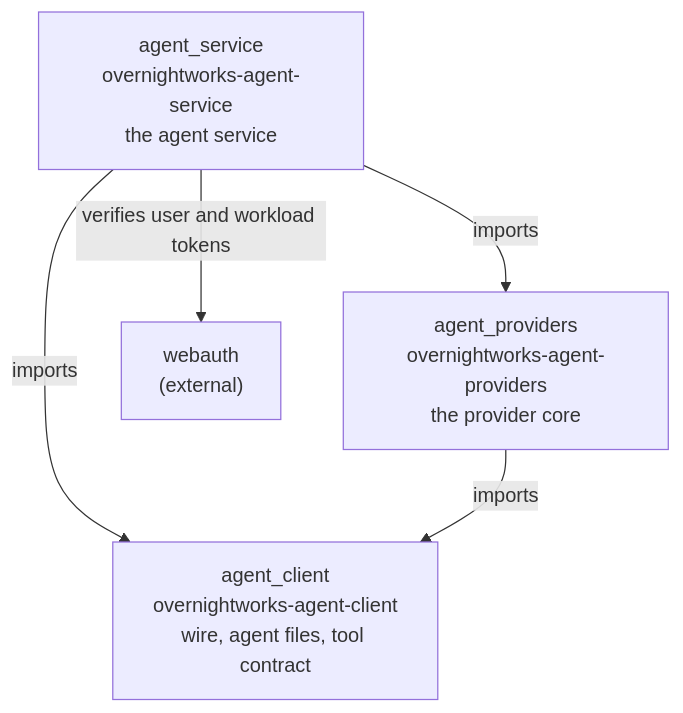
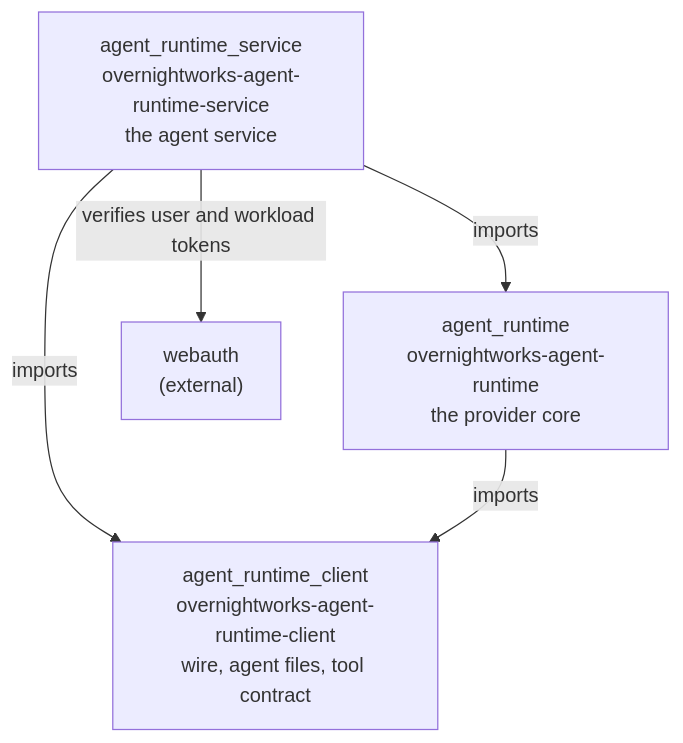
The first of 2 diagrams in docs/ARCHITECTURE.md (overnightworks/agent-providers), drawn with Mermaid before and after one commit. The commit also changed other lines of this file and 231 other files, not shown here.

First line of the commit message:
Rename the modules, wheel stems and directories to agent-runtime

````diff
--- a/docs/ARCHITECTURE.md
+++ b/docs/ARCHITECTURE.md
@@ -26,12 +26,12 @@
 ```mermaid
 flowchart TB
-    service["agent_service<br/>overnightworks-agent-service<br/>the agent service"]
-    core["agent_providers<br/>overnightworks-agent-providers<br/>the provider core"]
-    client["agent_client<br/>overnightworks-agent-client<br/>wire, agent files, tool contract"]
+    service["agent_runtime_service<br/>overnightworks-agent-runtime-service<br/>the agent service"]
+    core["agent_runtime<br/>overnightworks-agent-runtime<br/>the provider core"]
+    client["agent_runtime_client<br/>overnightworks-agent-runtime-client<br/>wire, agent files, tool contract"]
     webauth["webauth<br/>(external)"]
 
     service -->|imports| core
     service -->|imports| client
     core -->|imports| client
     service -->|"verifies user and workload tokens"| webauth
 ```
````
